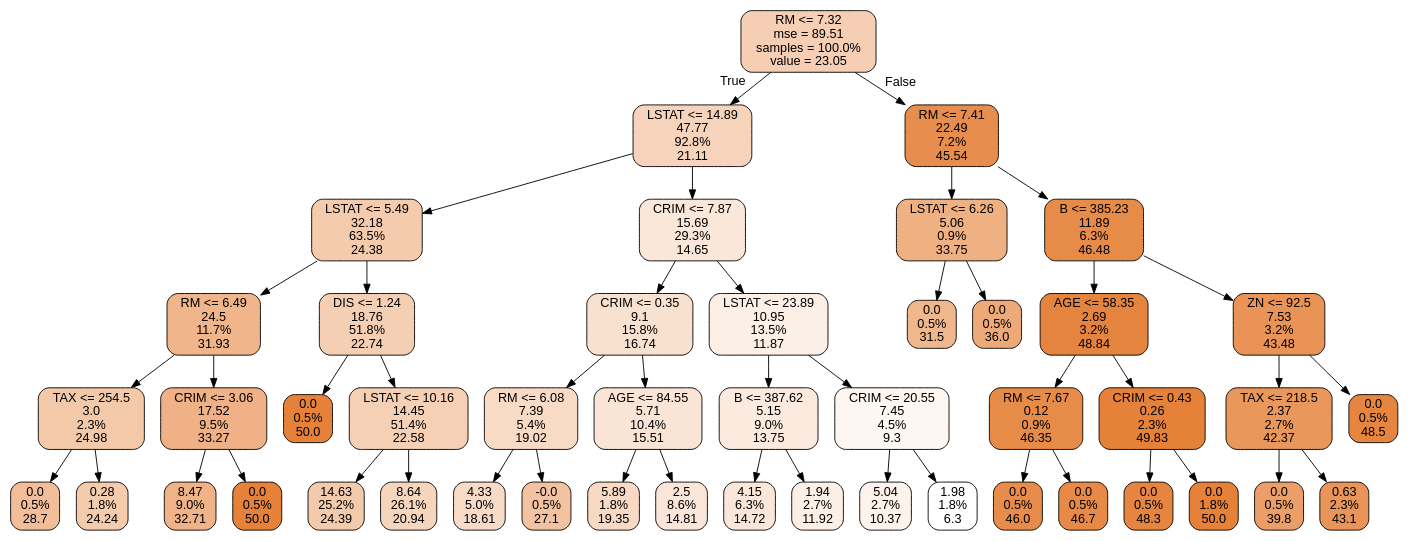
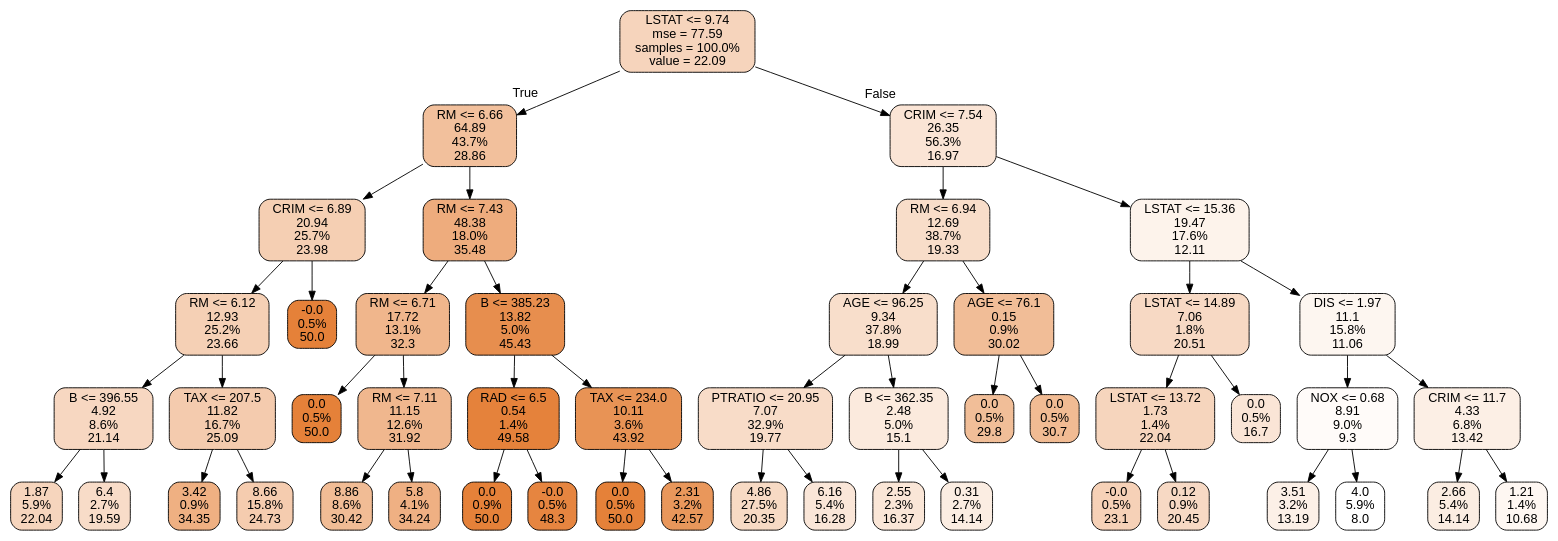
Before and after one commit to shawlu95/Data-Science-Toolbox: the diagram in case_study/tree.dot, drawn with Graphviz. The commit also changed 9 other files, not shown here.

```diff
--- a/case_study/tree.dot
+++ b/case_study/tree.dot
@@ -1,97 +1,101 @@
 digraph Tree {
 node [shape=box, style="filled, rounded", color="black", fontname=helvetica] ;
 edge [fontname=helvetica] ;
-0 [label="RM <= 7.32\nmse = 89.51\nsamples = 100.0%\nvalue = 23.05", fillcolor="#e5813962"] ;
-1 [label="LSTAT <= 14.89\n47.77\n92.8%\n21.11", fillcolor="#e5813956"] ;
+0 [label="LSTAT <= 9.74\nmse = 77.59\nsamples = 100.0%\nvalue = 22.09", fillcolor="#e5813956"] ;
+1 [label="RM <= 6.66\n64.89\n43.7%\n28.86", fillcolor="#e581397f"] ;
 0 -> 1 [labeldistance=2.5, labelangle=45, headlabel="True"] ;
-2 [label="LSTAT <= 5.49\n32.18\n63.5%\n24.38", fillcolor="#e5813969"] ;
+2 [label="CRIM <= 6.89\n20.94\n25.7%\n23.98", fillcolor="#e5813961"] ;
 1 -> 2 ;
-3 [label="RM <= 6.49\n24.5\n11.7%\n31.93", fillcolor="#e5813996"] ;
+3 [label="RM <= 6.12\n12.93\n25.2%\n23.66", fillcolor="#e581395f"] ;
 2 -> 3 ;
-4 [label="TAX <= 254.5\n3.0\n2.3%\n24.98", fillcolor="#e581396d"] ;
+4 [label="B <= 396.55\n4.92\n8.6%\n21.14", fillcolor="#e5813950"] ;
 3 -> 4 ;
-5 [label="0.0\n0.5%\n28.7", fillcolor="#e5813983"] ;
+5 [label="1.87\n5.9%\n22.04", fillcolor="#e5813955"] ;
 4 -> 5 ;
-6 [label="0.28\n1.8%\n24.24", fillcolor="#e5813969"] ;
+6 [label="6.4\n2.7%\n19.59", fillcolor="#e5813946"] ;
 4 -> 6 ;
-7 [label="CRIM <= 3.06\n17.52\n9.5%\n33.27", fillcolor="#e581399d"] ;
+7 [label="TAX <= 207.5\n11.82\n16.7%\n25.09", fillcolor="#e5813968"] ;
 3 -> 7 ;
-8 [label="8.47\n9.0%\n32.71", fillcolor="#e581399a"] ;
+8 [label="3.42\n0.9%\n34.35", fillcolor="#e58139a0"] ;
 7 -> 8 ;
-9 [label="0.0\n0.5%\n50.0", fillcolor="#e58139ff"] ;
+9 [label="8.66\n15.8%\n24.73", fillcolor="#e5813966"] ;
 7 -> 9 ;
-10 [label="DIS <= 1.24\n18.76\n51.8%\n22.74", fillcolor="#e5813960"] ;
+10 [label="-0.0\n0.5%\n50.0", fillcolor="#e58139ff"] ;
 2 -> 10 ;
-11 [label="0.0\n0.5%\n50.0", fillcolor="#e58139ff"] ;
-10 -> 11 ;
-12 [label="LSTAT <= 10.16\n14.45\n51.4%\n22.58", fillcolor="#e581395f"] ;
-10 -> 12 ;
-13 [label="14.63\n25.2%\n24.39", fillcolor="#e581396a"] ;
+11 [label="RM <= 7.43\n48.38\n18.0%\n35.48", fillcolor="#e58139a7"] ;
+1 -> 11 ;
+12 [label="RM <= 6.71\n17.72\n13.1%\n32.3", fillcolor="#e5813994"] ;
+11 -> 12 ;
+13 [label="0.0\n0.5%\n50.0", fillcolor="#e58139ff"] ;
 12 -> 13 ;
-14 [label="8.64\n26.1%\n20.94", fillcolor="#e5813955"] ;
+14 [label="RM <= 7.11\n11.15\n12.6%\n31.92", fillcolor="#e5813991"] ;
 12 -> 14 ;
-15 [label="CRIM <= 7.87\n15.69\n29.3%\n14.65", fillcolor="#e5813931"] ;
-1 -> 15 ;
-16 [label="CRIM <= 0.35\n9.1\n15.8%\n16.74", fillcolor="#e581393d"] ;
-15 -> 16 ;
-17 [label="RM <= 6.08\n7.39\n5.4%\n19.02", fillcolor="#e581394a"] ;
-16 -> 17 ;
-18 [label="4.33\n5.0%\n18.61", fillcolor="#e5813948"] ;
+15 [label="8.86\n8.6%\n30.42", fillcolor="#e5813988"] ;
+14 -> 15 ;
+16 [label="5.8\n4.1%\n34.24", fillcolor="#e581399f"] ;
+14 -> 16 ;
+17 [label="B <= 385.23\n13.82\n5.0%\n45.43", fillcolor="#e58139e3"] ;
+11 -> 17 ;
+18 [label="RAD <= 6.5\n0.54\n1.4%\n49.58", fillcolor="#e58139fc"] ;
 17 -> 18 ;
-19 [label="-0.0\n0.5%\n27.1", fillcolor="#e5813979"] ;
-17 -> 19 ;
-20 [label="AGE <= 84.55\n5.71\n10.4%\n15.51", fillcolor="#e5813936"] ;
-16 -> 20 ;
-21 [label="5.89\n1.8%\n19.35", fillcolor="#e581394c"] ;
-20 -> 21 ;
-22 [label="2.5\n8.6%\n14.81", fillcolor="#e5813932"] ;
-20 -> 22 ;
-23 [label="LSTAT <= 23.89\n10.95\n13.5%\n11.87", fillcolor="#e5813921"] ;
-15 -> 23 ;
-24 [label="B <= 387.62\n5.15\n9.0%\n13.75", fillcolor="#e581392b"] ;
-23 -> 24 ;
-25 [label="4.15\n6.3%\n14.72", fillcolor="#e5813931"] ;
+19 [label="0.0\n0.9%\n50.0", fillcolor="#e58139ff"] ;
+18 -> 19 ;
+20 [label="-0.0\n0.5%\n48.3", fillcolor="#e58139f5"] ;
+18 -> 20 ;
+21 [label="TAX <= 234.0\n10.11\n3.6%\n43.92", fillcolor="#e58139da"] ;
+17 -> 21 ;
+22 [label="0.0\n0.5%\n50.0", fillcolor="#e58139ff"] ;
+21 -> 22 ;
+23 [label="2.31\n3.2%\n42.57", fillcolor="#e58139d2"] ;
+21 -> 23 ;
+24 [label="CRIM <= 7.54\n26.35\n56.3%\n16.97", fillcolor="#e5813936"] ;
+0 -> 24 [labeldistance=2.5, labelangle=-45, headlabel="False"] ;
+25 [label="RM <= 6.94\n12.69\n38.7%\n19.33", fillcolor="#e5813945"] ;
 24 -> 25 ;
-26 [label="1.94\n2.7%\n11.92", fillcolor="#e5813921"] ;
-24 -> 26 ;
-27 [label="CRIM <= 20.55\n7.45\n4.5%\n9.3", fillcolor="#e5813912"] ;
-23 -> 27 ;
-28 [label="5.04\n2.7%\n10.37", fillcolor="#e5813918"] ;
+26 [label="AGE <= 96.25\n9.34\n37.8%\n18.99", fillcolor="#e5813943"] ;
+25 -> 26 ;
+27 [label="PTRATIO <= 20.95\n7.07\n32.9%\n19.77", fillcolor="#e5813947"] ;
+26 -> 27 ;
+28 [label="4.86\n27.5%\n20.35", fillcolor="#e581394b"] ;
 27 -> 28 ;
-29 [label="1.98\n1.8%\n6.3", fillcolor="#e5813900"] ;
+29 [label="6.16\n5.4%\n16.28", fillcolor="#e5813932"] ;
 27 -> 29 ;
-30 [label="RM <= 7.41\n22.49\n7.2%\n45.54", fillcolor="#e58139e5"] ;
-0 -> 30 [labeldistance=2.5, labelangle=-45, headlabel="False"] ;
-31 [label="LSTAT <= 6.26\n5.06\n0.9%\n33.75", fillcolor="#e58139a0"] ;
+30 [label="B <= 362.35\n2.48\n5.0%\n15.1", fillcolor="#e581392b"] ;
+26 -> 30 ;
+31 [label="2.55\n2.3%\n16.37", fillcolor="#e5813933"] ;
 30 -> 31 ;
-32 [label="0.0\n0.5%\n31.5", fillcolor="#e5813993"] ;
-31 -> 32 ;
-33 [label="0.0\n0.5%\n36.0", fillcolor="#e58139ad"] ;
-31 -> 33 ;
-34 [label="B <= 385.23\n11.89\n6.3%\n46.48", fillcolor="#e58139ea"] ;
-30 -> 34 ;
-35 [label="AGE <= 58.35\n2.69\n3.2%\n48.84", fillcolor="#e58139f8"] ;
-34 -> 35 ;
-36 [label="RM <= 7.67\n0.12\n0.9%\n46.35", fillcolor="#e58139ea"] ;
-35 -> 36 ;
-37 [label="0.0\n0.5%\n46.0", fillcolor="#e58139e8"] ;
+32 [label="0.31\n2.7%\n14.14", fillcolor="#e5813925"] ;
+30 -> 32 ;
+33 [label="AGE <= 76.1\n0.15\n0.9%\n30.02", fillcolor="#e5813986"] ;
+25 -> 33 ;
+34 [label="0.0\n0.5%\n29.8", fillcolor="#e5813984"] ;
+33 -> 34 ;
+35 [label="0.0\n0.5%\n30.7", fillcolor="#e581398a"] ;
+33 -> 35 ;
+36 [label="LSTAT <= 15.36\n19.47\n17.6%\n12.11", fillcolor="#e5813919"] ;
+24 -> 36 ;
+37 [label="LSTAT <= 14.89\n7.06\n1.8%\n20.51", fillcolor="#e581394c"] ;
 36 -> 37 ;
-38 [label="0.0\n0.5%\n46.7", fillcolor="#e58139ec"] ;
-36 -> 38 ;
-39 [label="CRIM <= 0.43\n0.26\n2.3%\n49.83", fillcolor="#e58139fe"] ;
-35 -> 39 ;
-40 [label="0.0\n0.5%\n48.3", fillcolor="#e58139f5"] ;
-39 -> 40 ;
-41 [label="0.0\n1.8%\n50.0", fillcolor="#e58139ff"] ;
-39 -> 41 ;
-42 [label="ZN <= 92.5\n7.53\n3.2%\n43.48", fillcolor="#e58139d9"] ;
-34 -> 42 ;
-43 [label="TAX <= 218.5\n2.37\n2.7%\n42.37", fillcolor="#e58139d2"] ;
+38 [label="LSTAT <= 13.72\n1.73\n1.4%\n22.04", fillcolor="#e5813955"] ;
+37 -> 38 ;
+39 [label="-0.0\n0.5%\n23.1", fillcolor="#e581395c"] ;
+38 -> 39 ;
+40 [label="0.12\n0.9%\n20.45", fillcolor="#e581394c"] ;
+38 -> 40 ;
+41 [label="0.0\n0.5%\n16.7", fillcolor="#e5813935"] ;
+37 -> 41 ;
+42 [label="DIS <= 1.97\n11.1\n15.8%\n11.06", fillcolor="#e5813913"] ;
+36 -> 42 ;
+43 [label="NOX <= 0.68\n8.91\n9.0%\n9.3", fillcolor="#e5813908"] ;
 42 -> 43 ;
-44 [label="0.0\n0.5%\n39.8", fillcolor="#e58139c3"] ;
+44 [label="3.51\n3.2%\n13.19", fillcolor="#e581391f"] ;
 43 -> 44 ;
-45 [label="0.63\n2.3%\n43.1", fillcolor="#e58139d7"] ;
+45 [label="4.0\n5.9%\n8.0", fillcolor="#e5813900"] ;
 43 -> 45 ;
-46 [label="0.0\n0.5%\n48.5", fillcolor="#e58139f6"] ;
+46 [label="CRIM <= 11.7\n4.33\n6.8%\n13.42", fillcolor="#e5813921"] ;
 42 -> 46 ;
+47 [label="2.66\n5.4%\n14.14", fillcolor="#e5813925"] ;
+46 -> 47 ;
+48 [label="1.21\n1.4%\n10.68", fillcolor="#e5813910"] ;
+46 -> 48 ;
 }
```
